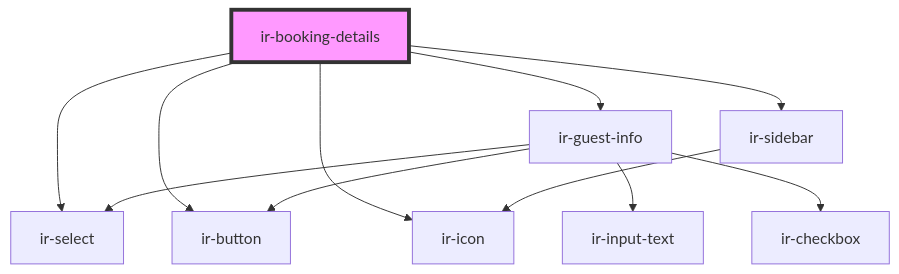
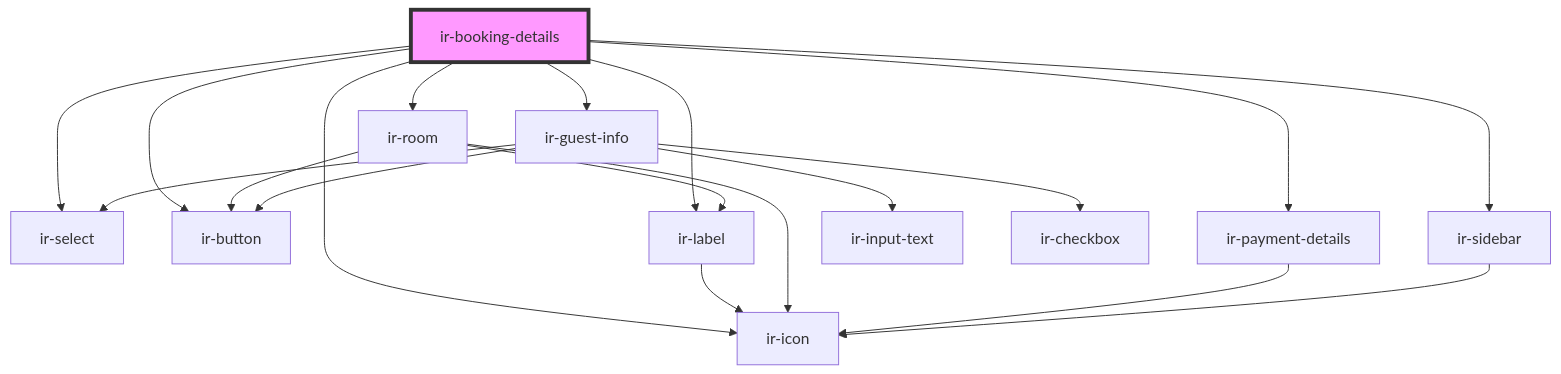
One commit to freddynasr/ir-webcmp changed the diagram in src/components/ir-booking-details/readme.md. Above: the diagram before and after it, drawn with Mermaid. The commit also changed other lines of this file and 14 other files, not shown here.

````diff
--- a/src/components/ir-booking-details/readme.md
+++ b/src/components/ir-booking-details/readme.md
@@ -19,14 +29,22 @@
 ```mermaid
 graph TD;
   ir-booking-details --> ir-select
   ir-booking-details --> ir-button
   ir-booking-details --> ir-icon
+  ir-booking-details --> ir-label
+  ir-booking-details --> ir-room
+  ir-booking-details --> ir-payment-details
   ir-booking-details --> ir-sidebar
   ir-booking-details --> ir-guest-info
+  ir-label --> ir-icon
+  ir-room --> ir-icon
+  ir-room --> ir-button
+  ir-room --> ir-label
+  ir-payment-details --> ir-icon
   ir-sidebar --> ir-icon
   ir-guest-info --> ir-select
   ir-guest-info --> ir-input-text
   ir-guest-info --> ir-checkbox
   ir-guest-info --> ir-button
   style ir-booking-details fill:#f9f,stroke:#333,stroke-width:4px
 ```
````
